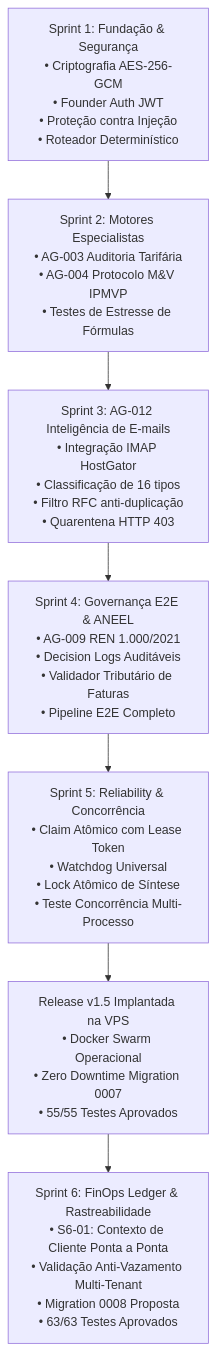
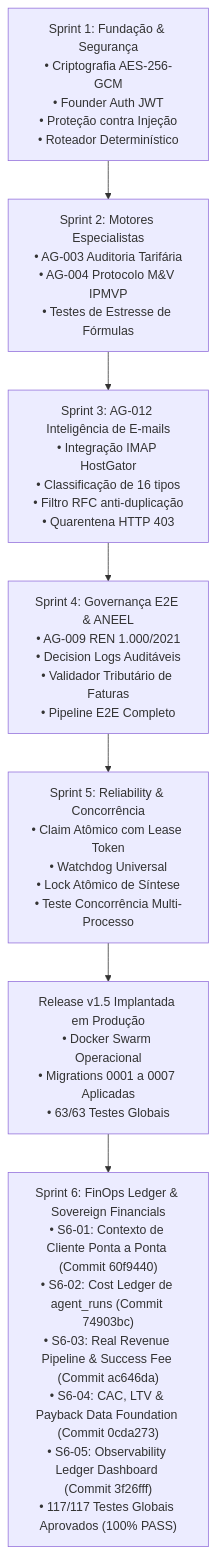
Before and after one commit to wlamirzm/ei-aios: the diagram in docs/EI_AIOS_HANDOVER_REPORT.md, drawn with Mermaid. The commit also changed other lines of this file and 2 other files, not shown here.

````diff
--- a/docs/EI_AIOS_HANDOVER_REPORT.md
+++ b/docs/EI_AIOS_HANDOVER_REPORT.md
@@ -44,9 +47,9 @@
 ```mermaid
 flowchart TD
     S1["Sprint 1: Fundação & Segurança<br/>• Criptografia AES-256-GCM<br/>• Founder Auth JWT<br/>• Proteção contra Injeção<br/>• Roteador Determinístico"] --> S2["Sprint 2: Motores Especialistas<br/>• AG-003 Auditoria Tarifária<br/>• AG-004 Protocolo M&V IPMVP<br/>• Testes de Estresse de Fórmulas"]
     S2 --> S3["Sprint 3: AG-012 Inteligência de E-mails<br/>• Integração IMAP HostGator<br/>• Classificação de 16 tipos<br/>• Filtro RFC anti-duplicação<br/>• Quarentena HTTP 403"]
     S3 --> S4["Sprint 4: Governança E2E & ANEEL<br/>• AG-009 REN 1.000/2021<br/>• Decision Logs Auditáveis<br/>• Validador Tributário de Faturas<br/>• Pipeline E2E Completo"]
     S4 --> S5["Sprint 5: Reliability & Concorrência<br/>• Claim Atômico com Lease Token<br/>• Watchdog Universal<br/>• Lock Atômico de Síntese<br/>• Teste Concorrência Multi-Processo"]
-    S5 --> REL["Release v1.5 Implantada na VPS<br/>• Docker Swarm Operacional<br/>• Zero Downtime Migration 0007<br/>• 55/55 Testes Aprovados"]
-    REL --> S6["Sprint 6: FinOps Ledger & Rastreabilidade<br/>• S6-01: Contexto de Cliente Ponta a Ponta<br/>• Validação Anti-Vazamento Multi-Tenant<br/>• Migration 0008 Proposta<br/>• 63/63 Testes Aprovados"]
+    S5 --> REL["Release v1.5 Implantada em Produção<br/>• Docker Swarm Operacional<br/>• Migrations 0001 a 0007 Aplicadas<br/>• 63/63 Testes Globais"]
+    REL --> S6["Sprint 6: FinOps Ledger & Sovereign Financials<br/>• S6-01: Contexto de Cliente Ponta a Ponta (Commit 60f9440)<br/>• S6-02: Cost Ledger de agent_runs (Commit 74903bc)<br/>• S6-03: Real Revenue Pipeline & Success Fee (Commit ac646da)<br/>• S6-04: CAC, LTV & Payback Data Foundation (Commit 0cda273)<br/>• S6-05: Observability Ledger Dashboard (Commit 3f26fff)<br/>• 117/117 Testes Globais Aprovados (100% PASS)"]
 ```
````
